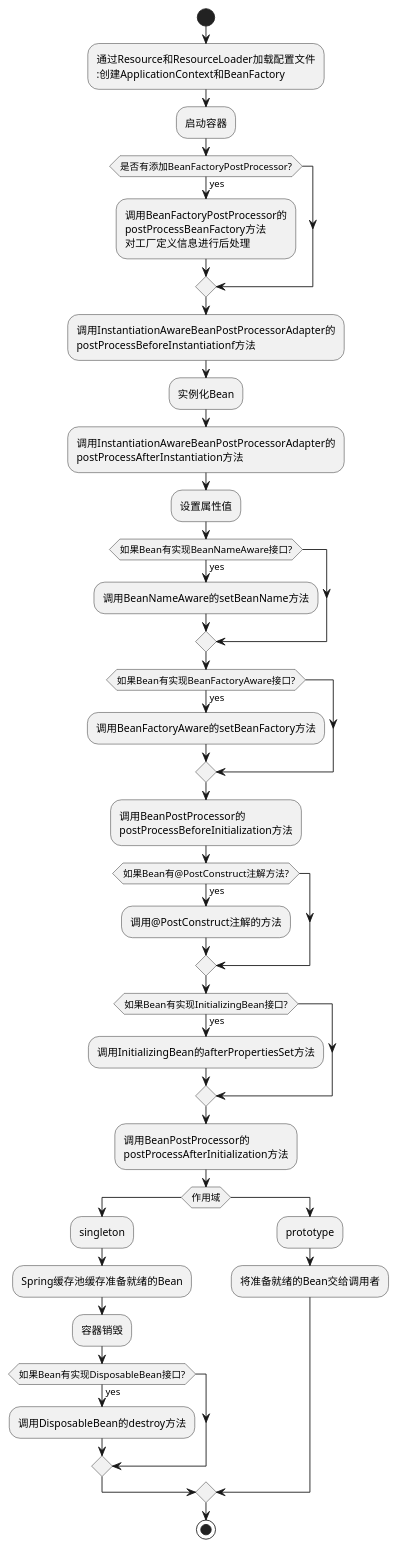
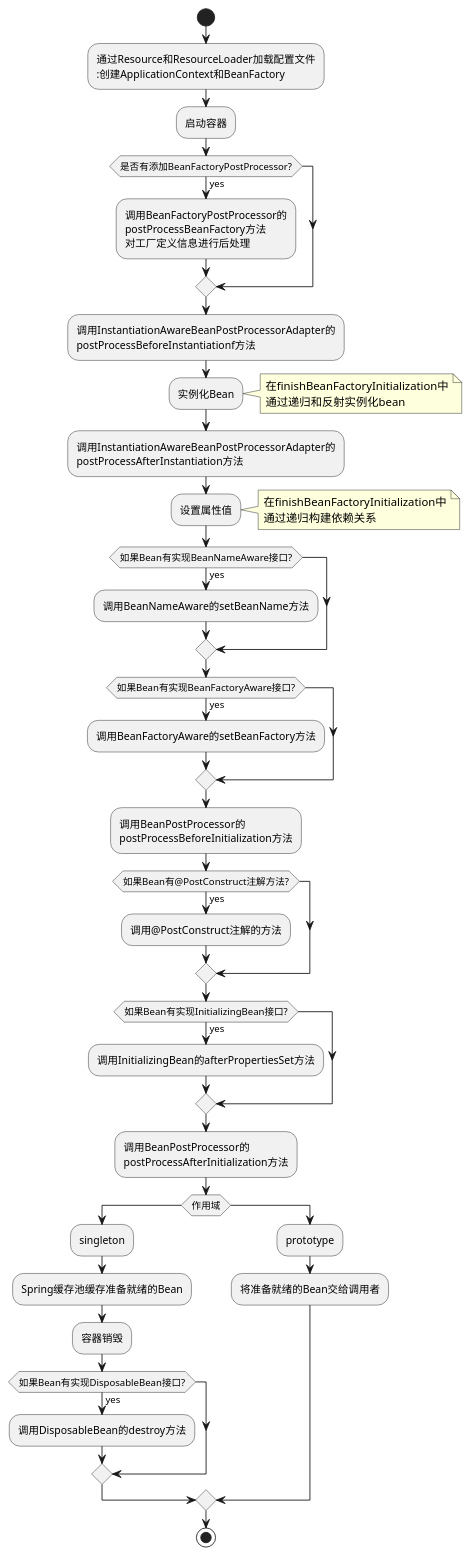
The diagram in demo/uml/Bean生命周期.puml (BinGithub2015/zhihu), drawn with PlantUML before and after one commit. The commit also changed 13 other files, not shown here.

```diff
--- a/demo/uml/Bean生命周期.puml
+++ b/demo/uml/Bean生命周期.puml
@@ -1,45 +1,53 @@
 @startuml
 start
 :通过Resource和ResourceLoader加载配置文件
 :创建ApplicationContext和BeanFactory;
 :启动容器;
 if (是否有添加BeanFactoryPostProcessor?) then (yes)
   :调用BeanFactoryPostProcessor的
   postProcessBeanFactory方法
   对工厂定义信息进行后处理;
 endif
 :调用InstantiationAwareBeanPostProcessorAdapter的
 postProcessBeforeInstantiationf方法;
 :实例化Bean;
+note right
+    在finishBeanFactoryInitialization中
+    通过递归和反射实例化bean
+end note
 :调用InstantiationAwareBeanPostProcessorAdapter的
 postProcessAfterInstantiation方法;
 :设置属性值;
+note right
+    在finishBeanFactoryInitialization中
+    通过递归构建依赖关系
+end note
 if (如果Bean有实现BeanNameAware接口?) then (yes)
   :调用BeanNameAware的setBeanName方法;
 endif
 if (如果Bean有实现BeanFactoryAware接口?) then (yes)
   :调用BeanFactoryAware的setBeanFactory方法;
 endif
 :调用BeanPostProcessor的
 postProcessBeforeInitialization方法;
 if (如果Bean有@PostConstruct注解方法?) then (yes)
   :调用@PostConstruct注解的方法;
 endif
 if (如果Bean有实现InitializingBean接口?) then (yes)
   :调用InitializingBean的afterPropertiesSet方法;
 endif
 :调用BeanPostProcessor的
 postProcessAfterInitialization方法;
 if (作用域) then
   :singleton;
   :Spring缓存池缓存准备就绪的Bean;
   :容器销毁;
   if (如果Bean有实现DisposableBean接口?) then (yes)
     :调用DisposableBean的destroy方法;
   endif
 else
   :prototype;
   :将准备就绪的Bean交给调用者;
 endif
 stop
 @enduml
```
